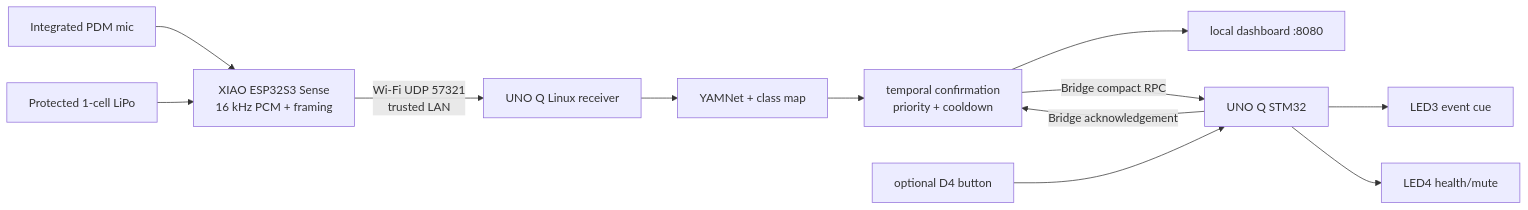
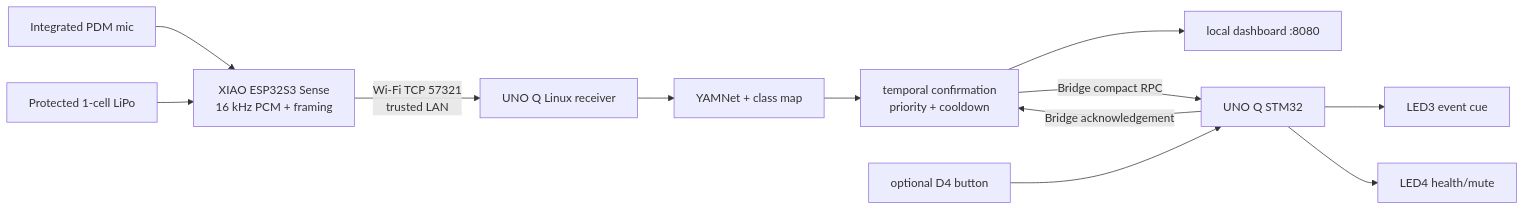
Before and after one commit to dvellon/cueloop: the first of 5 diagrams in hardware/DIAGRAMS.md, drawn with Mermaid. The commit also changed other lines of this file and 41 other files, not shown here.

````diff
--- a/hardware/DIAGRAMS.md
+++ b/hardware/DIAGRAMS.md
@@ -5,14 +5,14 @@
 ```mermaid
 flowchart LR
   MIC[Integrated PDM mic] --> XIAO[XIAO ESP32S3 Sense\n16 kHz PCM + framing]
   BAT[Protected 1-cell LiPo] --> XIAO
-  XIAO -->|Wi-Fi UDP 57321\ntrusted LAN| RX[UNO Q Linux receiver]
+  XIAO -->|Wi-Fi TCP 57321\ntrusted LAN| RX[UNO Q Linux receiver]
   RX --> MODEL[YAMNet + class map]
   MODEL --> POLICY[temporal confirmation\npriority + cooldown]
   POLICY --> UI[local dashboard :8080]
   POLICY -->|Bridge compact RPC| MCU[UNO Q STM32]
   MCU --> LED3[LED3 event cue]
   MCU --> LED4[LED4 health/mute]
   BTN[optional D4 button] --> MCU
   MCU -->|Bridge acknowledgement| POLICY
 ```
````
